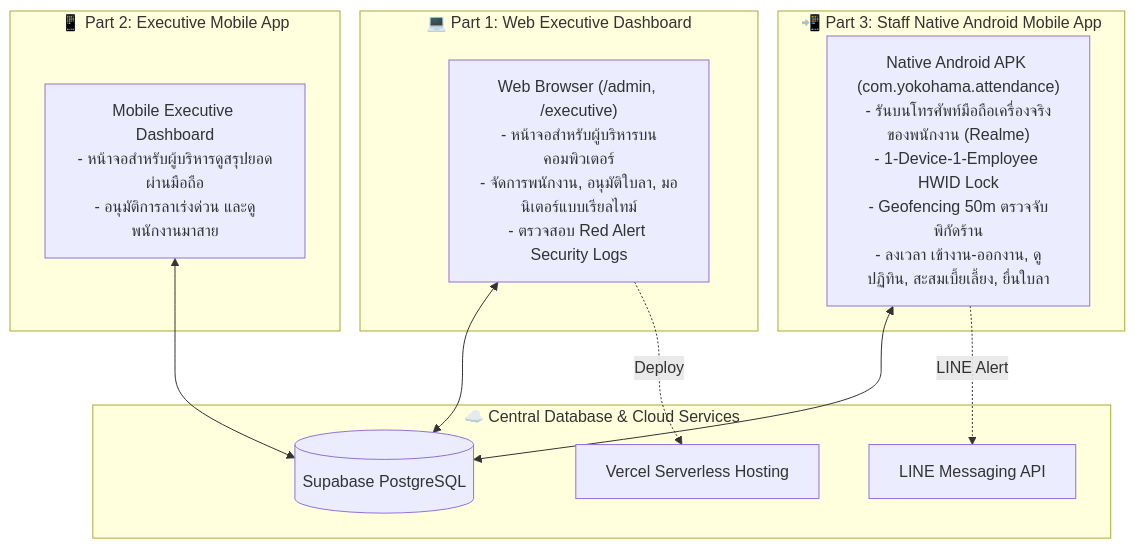
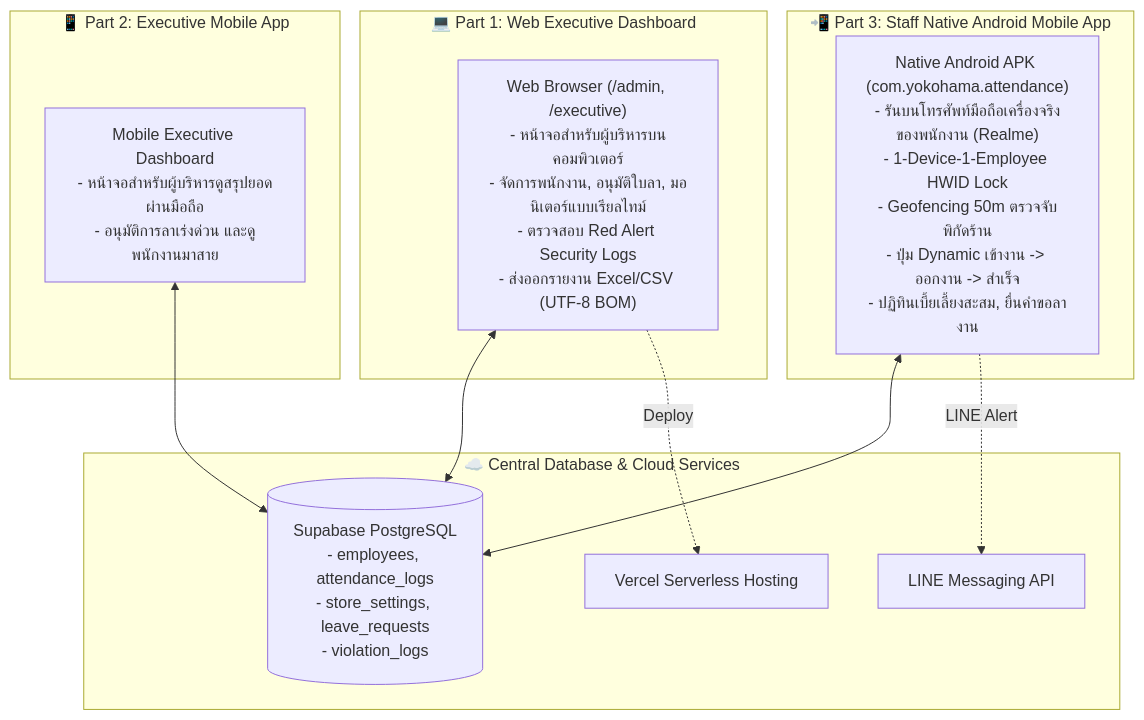
Before and after one commit to Lskram/CheckEmpolye: the diagram in PROJECT_REQUIREMENTS.md, drawn with Mermaid. The commit also changed other lines of this file and 8 other files, not shown here.

Commit message:
feat: implement Check-Out flow, Excel/CSV Export, and duplicate prevention with living requirements backlog

````diff
--- a/PROJECT_REQUIREMENTS.md
+++ b/PROJECT_REQUIREMENTS.md
@@ -11,26 +11,26 @@
 ```mermaid
 flowchart TD
     subgraph Cloud["☁️ Central Database & Cloud Services"]
-        DB[(Supabase PostgreSQL)]
+        DB[(Supabase PostgreSQL\n- employees, attendance_logs\n- store_settings, leave_requests\n- violation_logs)]
         Vercel[Vercel Serverless Hosting]
         Line[LINE Messaging API]
     end
 
     subgraph Part1["💻 Part 1: Web Executive Dashboard"]
-        WebAdmin["Web Browser (/admin, /executive)\n- หน้าจอสำหรับผู้บริหารบนคอมพิวเตอร์\n- จัดการพนักงาน, อนุมัติใบลา, มอนิเตอร์แบบเรียลไทม์\n- ตรวจสอบ Red Alert Security Logs"]
+        WebAdmin["Web Browser (/admin, /executive)\n- หน้าจอสำหรับผู้บริหารบนคอมพิวเตอร์\n- จัดการพนักงาน, อนุมัติใบลา, มอนิเตอร์แบบเรียลไทม์\n- ตรวจสอบ Red Alert Security Logs\n- ส่งออกรายงาน Excel/CSV (UTF-8 BOM)"]
     end
 
     subgraph Part2["📱 Part 2: Executive Mobile App"]
         MobileAdmin["Mobile Executive Dashboard\n- หน้าจอสำหรับผู้บริหารดูสรุปยอดผ่านมือถือ\n- อนุมัติการลาเร่งด่วน และดูพนักงานมาสาย"]
     end
 
     subgraph Part3["📲 Part 3: Staff Native Android Mobile App"]
-        NativeApp["Native Android APK (com.yokohama.attendance)\n- รันบนโทรศัพท์มือถือเครื่องจริงของพนักงาน (Realme)\n- 1-Device-1-Employee HWID Lock\n- Geofencing 50m ตรวจจับพิกัดร้าน\n- ลงเวลา เข้างาน-ออกงาน, ดูปฏิทิน, สะสมเบี้ยเลี้ยง, ยื่นใบลา"]
+        NativeApp["Native Android APK (com.yokohama.attendance)\n- รันบนโทรศัพท์มือถือเครื่องจริงของพนักงาน (Realme)\n- 1-Device-1-Employee HWID Lock\n- Geofencing 50m ตรวจจับพิกัดร้าน\n- ปุ่ม Dynamic เข้างาน -> ออกงาน -> สำเร็จ\n- ปฏิทินเบี้ยเลี้ยงสะสม, ยื่นคำขอลางาน"]
     end
 
     WebAdmin <--> DB
     MobileAdmin <--> DB
     NativeApp <--> DB
     WebAdmin -. Deploy .-> Vercel
     NativeApp -. LINE Alert .-> Line
 ```
````
